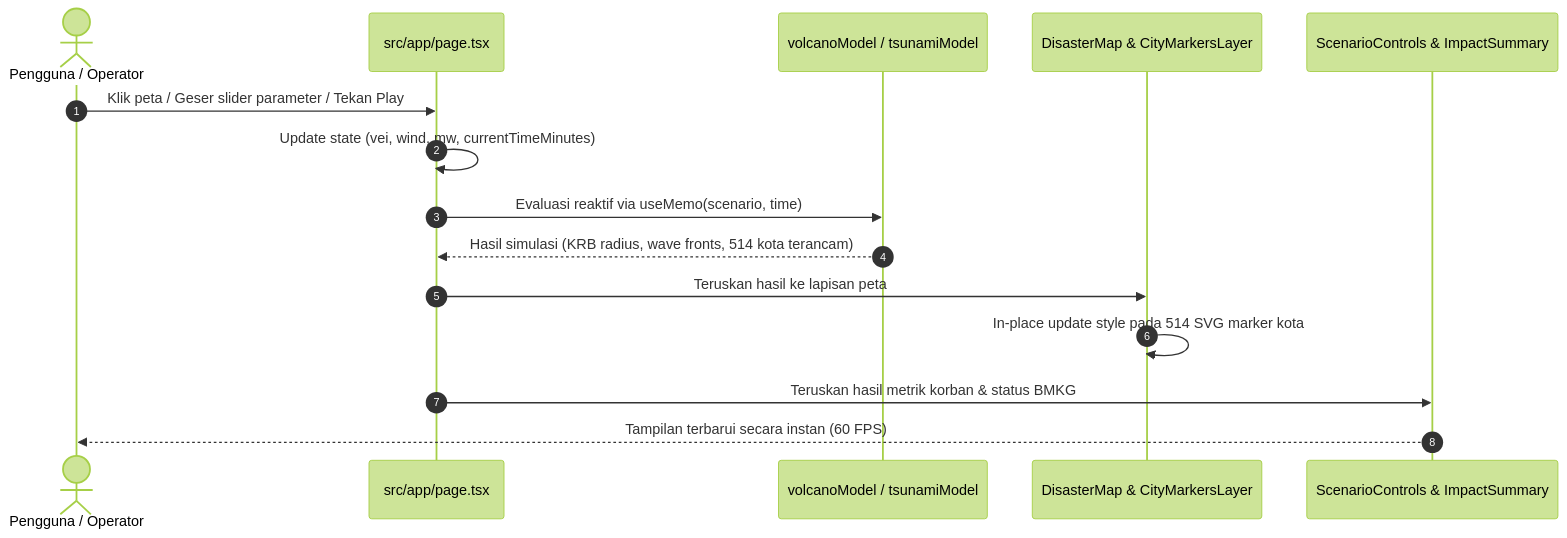
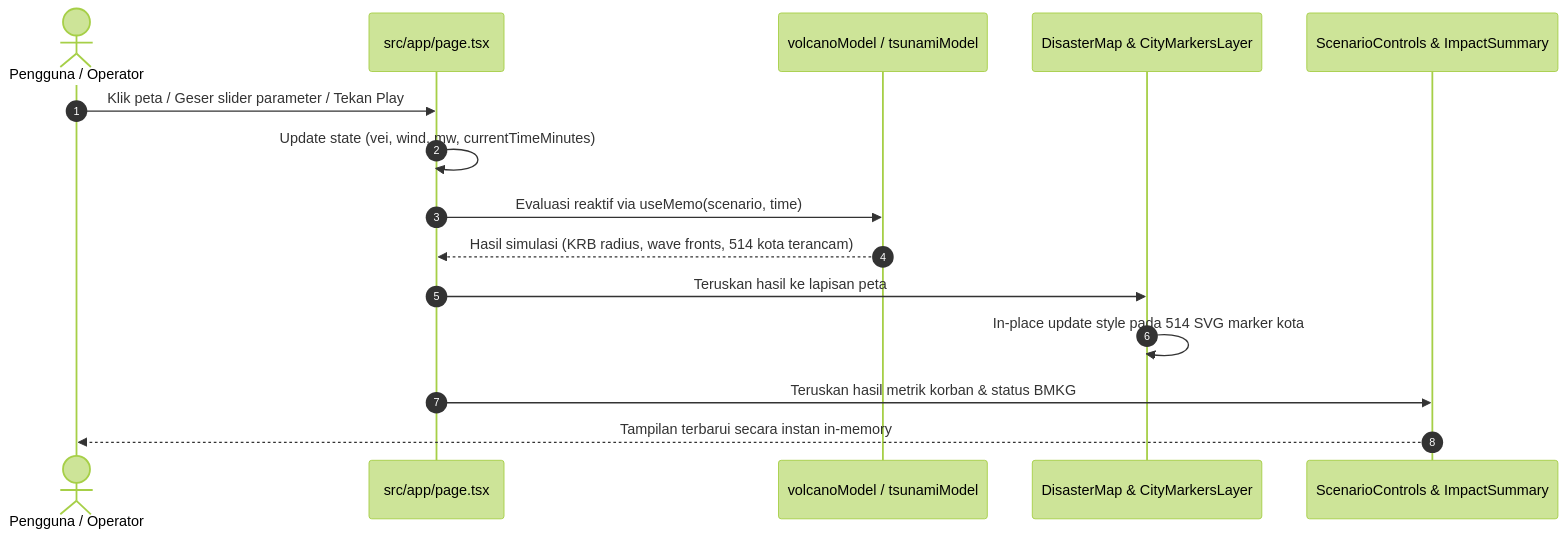
Before and after one commit to AhnafZakhy3/disastersim: the diagram in docs/docs.md, drawn with Mermaid (forest theme). The commit also changed other lines of this file and 4 other files, not shown here.

````diff
--- a/docs/docs.md
+++ b/docs/docs.md
@@ -318,18 +318,18 @@
 ```mermaid
 sequenceDiagram
     autonumber
     actor Pengguna as Pengguna / Operator
     participant Page as src/app/page.tsx
     participant Engine as volcanoModel / tsunamiModel
     participant Leaflet as DisasterMap & CityMarkersLayer
     participant HUD as ScenarioControls & ImpactSummary
 
     Pengguna->>Page: Klik peta / Geser slider parameter / Tekan Play
     Page->>Page: Update state (vei, wind, mw, currentTimeMinutes)
     Page->>Engine: Evaluasi reaktif via useMemo(scenario, time)
     Engine-->>Page: Hasil simulasi (KRB radius, wave fronts, 514 kota terancam)
     Page->>Leaflet: Teruskan hasil ke lapisan peta
     Leaflet->>Leaflet: In-place update style pada 514 SVG marker kota
     Page->>HUD: Teruskan hasil metrik korban & status BMKG
-    HUD-->>Pengguna: Tampilan terbarui secara instan (60 FPS)
+    HUD-->>Pengguna: Tampilan terbarui secara instan in-memory
 ```
````
